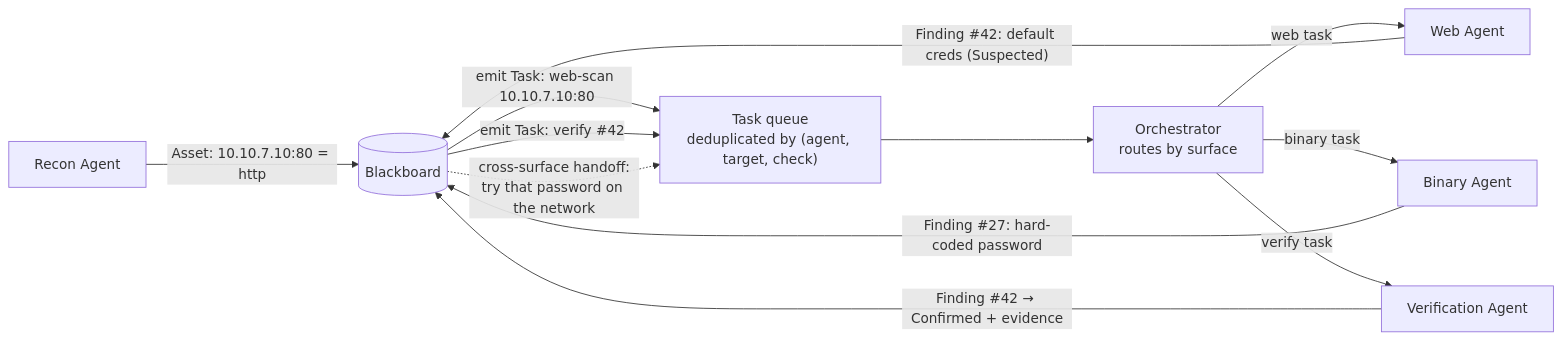
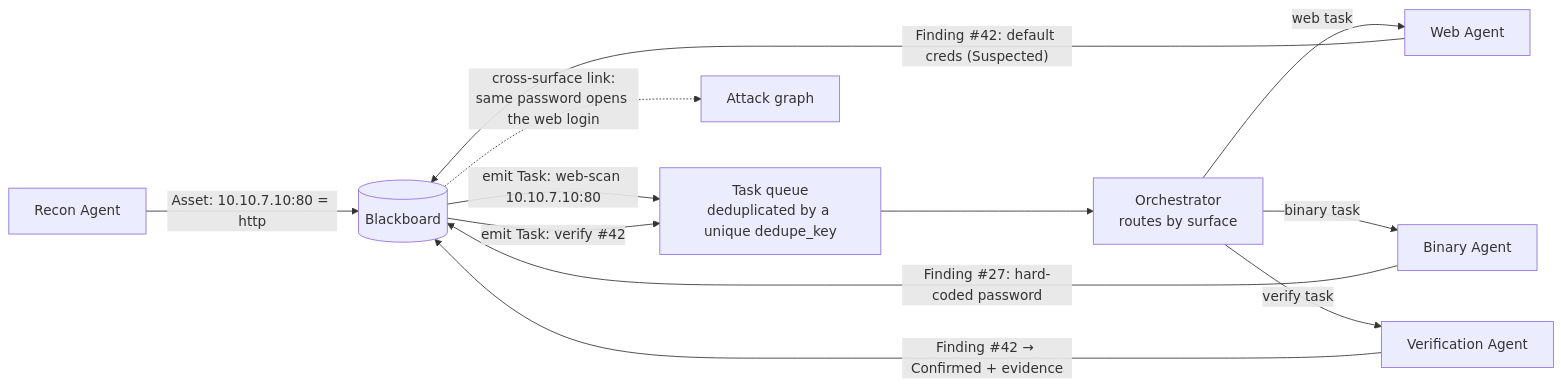
One commit to hrdk6/Mitigata-Hackathon changed the second of 10 diagrams in README.md. Above: the diagram before and after it, drawn with Mermaid. The commit also changed other lines of this file and 1 other file, not shown here.

````diff
--- a/README.md
+++ b/README.md
@@ -188,14 +190,14 @@
 ```mermaid
 flowchart LR
     RECON["Recon Agent"] -->|"Asset: 10.10.7.10:80 = http"| BB[("Blackboard")]
-    BB -->|"emit Task: web-scan 10.10.7.10:80"| Q["Task queue<br/>deduplicated by (agent, target, check)"]
+    BB -->|"emit Task: web-scan 10.10.7.10:80"| Q["Task queue<br/>deduplicated by a unique dedupe_key"]
     Q --> ORCH["Orchestrator<br/>routes by surface"]
     ORCH -->|"web task"| WEB["Web Agent"]
     ORCH -->|"binary task"| BIN["Binary Agent"]
     WEB -->|"Finding #42: default creds (Suspected)"| BB
     BB -->|"emit Task: verify #42"| Q
     ORCH -->|"verify task"| EXP["Verification Agent"]
     EXP -->|"Finding #42 → Confirmed + evidence"| BB
     BIN -->|"Finding #27: hard-coded password"| BB
-    BB -.->|"cross-surface handoff:<br/>try that password on the network"| Q
+    BB -.->|"cross-surface link:<br/>same password opens the web login"| AG["Attack graph"]
 ```
````
